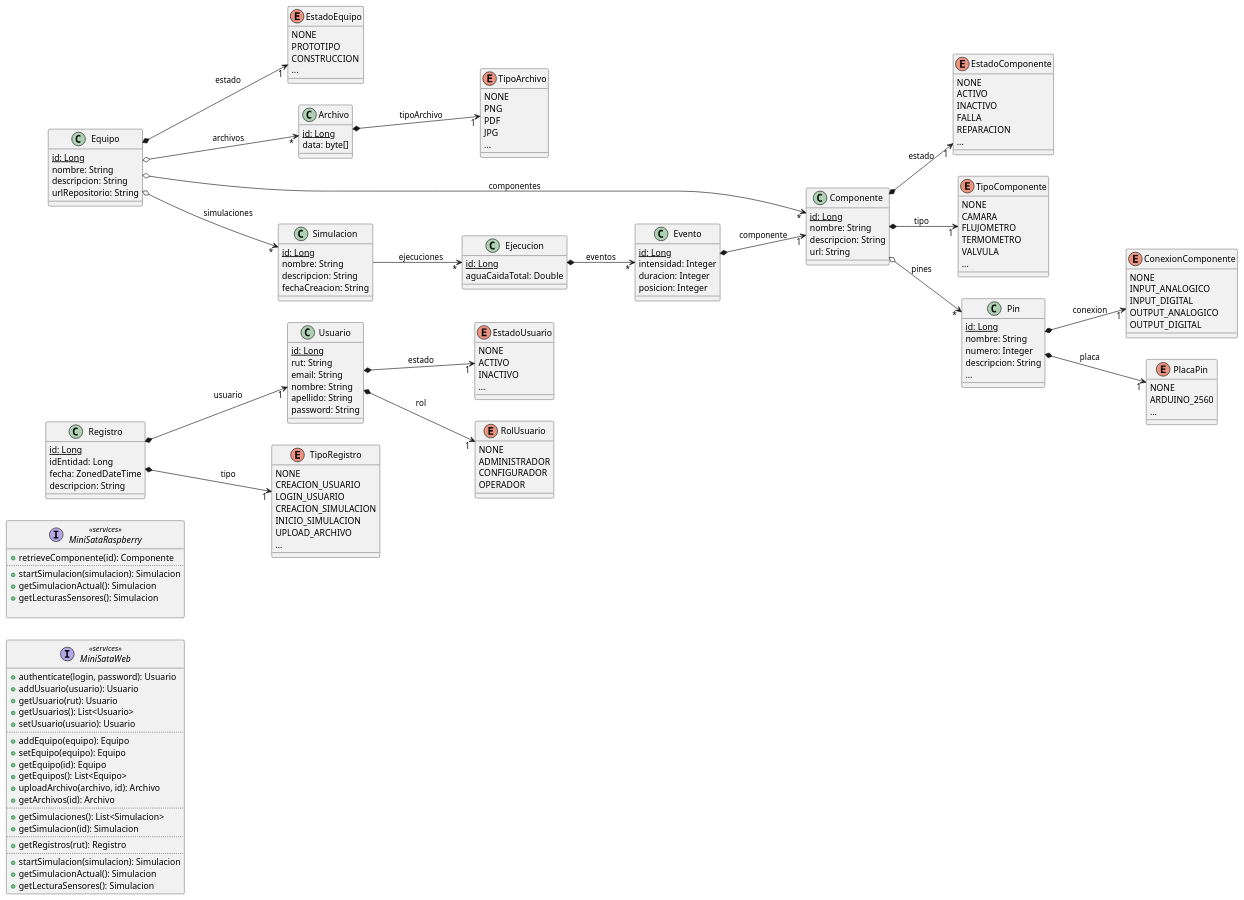
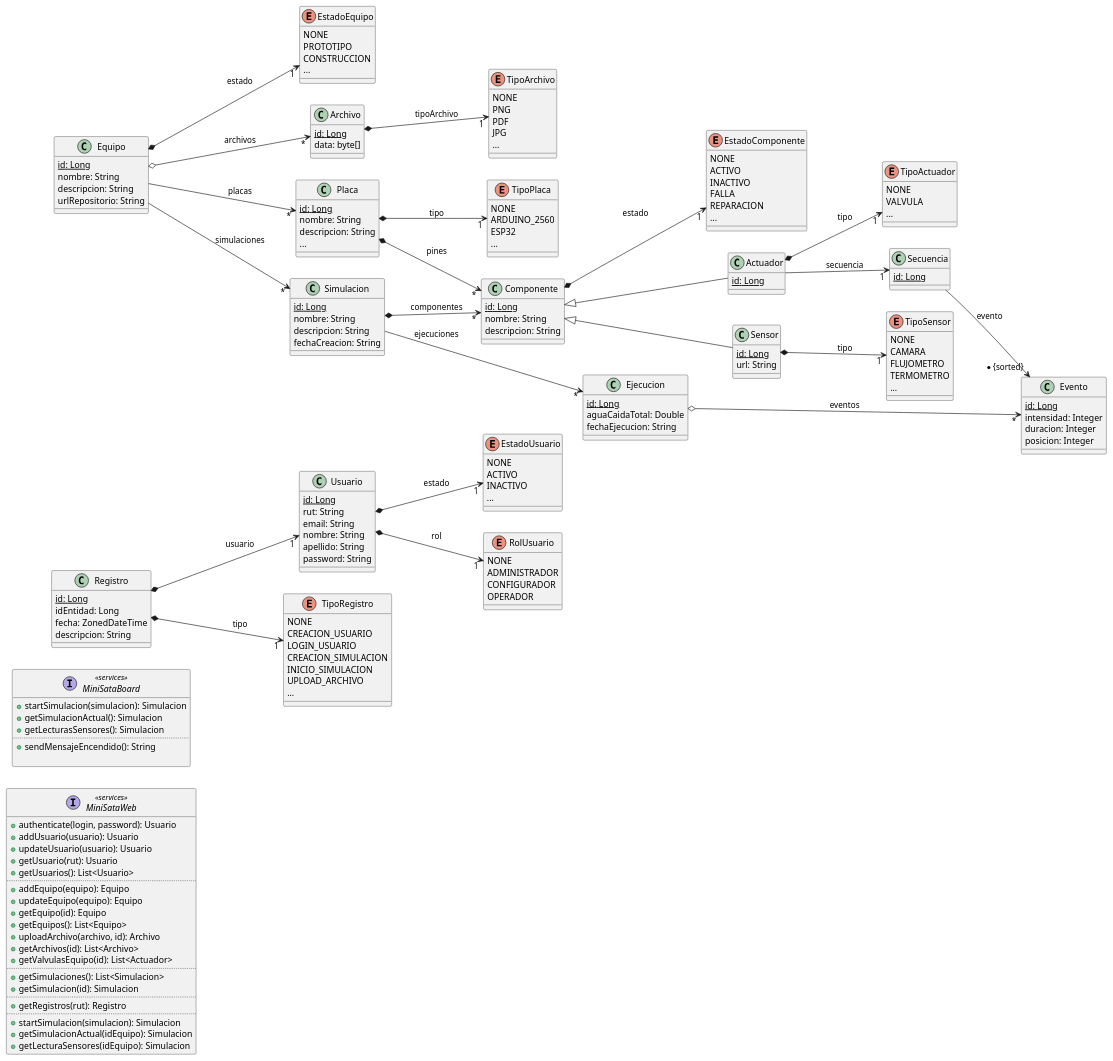
The diagram in minisataBackendComponent/domain.puml (mylo-rovel/avances-secretos), drawn with PlantUML before and after one commit. The commit also changed 32 other files, not shown here.

```diff
--- a/minisataBackendComponent/domain.puml
+++ b/minisataBackendComponent/domain.puml
@@ -4,16 +4,17 @@
 interface MiniSataWeb <<services>> {
     + authenticate(login, password): Usuario
     + addUsuario(usuario): Usuario
+    + updateUsuario(usuario): Usuario
     + getUsuario(rut): Usuario
     + getUsuarios(): List<Usuario>
-    + setUsuario(usuario): Usuario
     ..
     + addEquipo(equipo): Equipo
-    + setEquipo(equipo): Equipo
+    + updateEquipo(equipo): Equipo
     + getEquipo(id): Equipo
     + getEquipos(): List<Equipo>
     + uploadArchivo(archivo, id): Archivo
-    + getArchivos(id): Archivo
+    + getArchivos(id): List<Archivo>
+    + getValvulasEquipo(id): List<Actuador>
     ..
     + getSimulaciones(): List<Simulacion>
     + getSimulacion(id): Simulacion
@@ -21,16 +22,18 @@
     + getRegistros(rut): Registro
     ..
     + startSimulacion(simulacion): Simulacion
-    + getSimulacionActual(): Simulacion
-    + getLecturaSensores(): Simulacion
+    + getSimulacionActual(idEquipo): Simulacion
+    + getLecturaSensores(idEquipo): Simulacion
 }
 
-interface MiniSataRaspberry <<services>> {
-    + retrieveComponente(id): Componente
-    ..
+interface MiniSataBoard <<services>> {
+    /'+ retrieveComponente(id): Componente
+    ..'/
     + startSimulacion(simulacion): Simulacion
     + getSimulacionActual(): Simulacion
     + getLecturasSensores(): Simulacion
+    ..
+    + sendMensajeEncendido(): String
 
 }
 
@@ -89,6 +92,14 @@
     {static} id: Long
     nombre: String
     descripcion: String
+}
+
+class Actuador {
+    {static} id: Long
+}
+
+class Sensor {
+    {static} id: Long
     url: String
 }
 
@@ -101,36 +112,42 @@
     ...
 }
 
-enum ConexionComponente {
+/'enum ConexionComponente {
     NONE
     INPUT_ANALOGICO
     INPUT_DIGITAL
     OUTPUT_ANALOGICO
     OUTPUT_DIGITAL
+}'/
+
+enum TipoActuador {
+    NONE
+    VALVULA
+    ...
 }
 
-enum TipoComponente {
+enum TipoSensor {
     NONE
     CAMARA
     FLUJOMETRO
     TERMOMETRO
-    VALVULA
     ...
 }
 
-class Pin {
+class Placa {
     {static} id: Long
     nombre: String
-    numero: Integer
     descripcion: String
     ...
 }
 
-enum PlacaPin {
+enum TipoPlaca {
     NONE
     ARDUINO_2560
+    ESP32
     ...
 }
+
 
 class Simulacion {
     {static} id: Long
@@ -142,6 +159,7 @@
 class Ejecucion {
     {static} id: Long
     aguaCaidaTotal: Double
+    fechaEjecucion: String
 }
 
 class Evento {
@@ -149,6 +167,11 @@
     intensidad: Integer
     duracion: Integer
     posicion: Integer
+}
+
+class Secuencia {
+    {static} id: Long
+
 }
 
 class Registro {
@@ -171,24 +194,28 @@
 Usuario *--> "1" EstadoUsuario: estado
 Usuario *--> "1" RolUsuario: rol
 
-Equipo o--> "*" Simulacion: simulaciones
-Equipo o--> "*" Componente: componentes
 Equipo o--> "*" Archivo: archivos
 Equipo *--> "1" EstadoEquipo: estado
-
-Componente *--> "1" EstadoComponente: estado
-Componente *--> "1" TipoComponente: tipo
-
-Pin *--> "1"  PlacaPin: placa
-Componente o--> "*" Pin: pines
-Pin *--> "1" ConexionComponente: conexion
-
+Equipo --> "*" Simulacion: simulaciones
+Equipo --> "*" Placa: placas
+Placa *--> "*" Componente: pines
+Placa *--> "1" TipoPlaca: tipo
 
 Archivo *--> "1"  TipoArchivo: tipoArchivo
 
+Componente *--> "1" EstadoComponente: estado
+Componente <|-- Sensor
+Componente <|-- Actuador
+
+Actuador *--> "1" TipoActuador: tipo
+Sensor *--> "1" TipoSensor: tipo
+
+Actuador --> "1" Secuencia: secuencia
+Secuencia --> "* {sorted}" Evento: evento
+
+Simulacion *--> "*" Componente: componentes
 Simulacion --> "*" Ejecucion: ejecuciones
-Ejecucion *--> "*" Evento: eventos
-Evento *--> "1" Componente: componente
+Ejecucion o--> "*" Evento: eventos
 
 Registro *--> "1" Usuario: usuario
 Registro *--> "1" TipoRegistro: tipo
```
